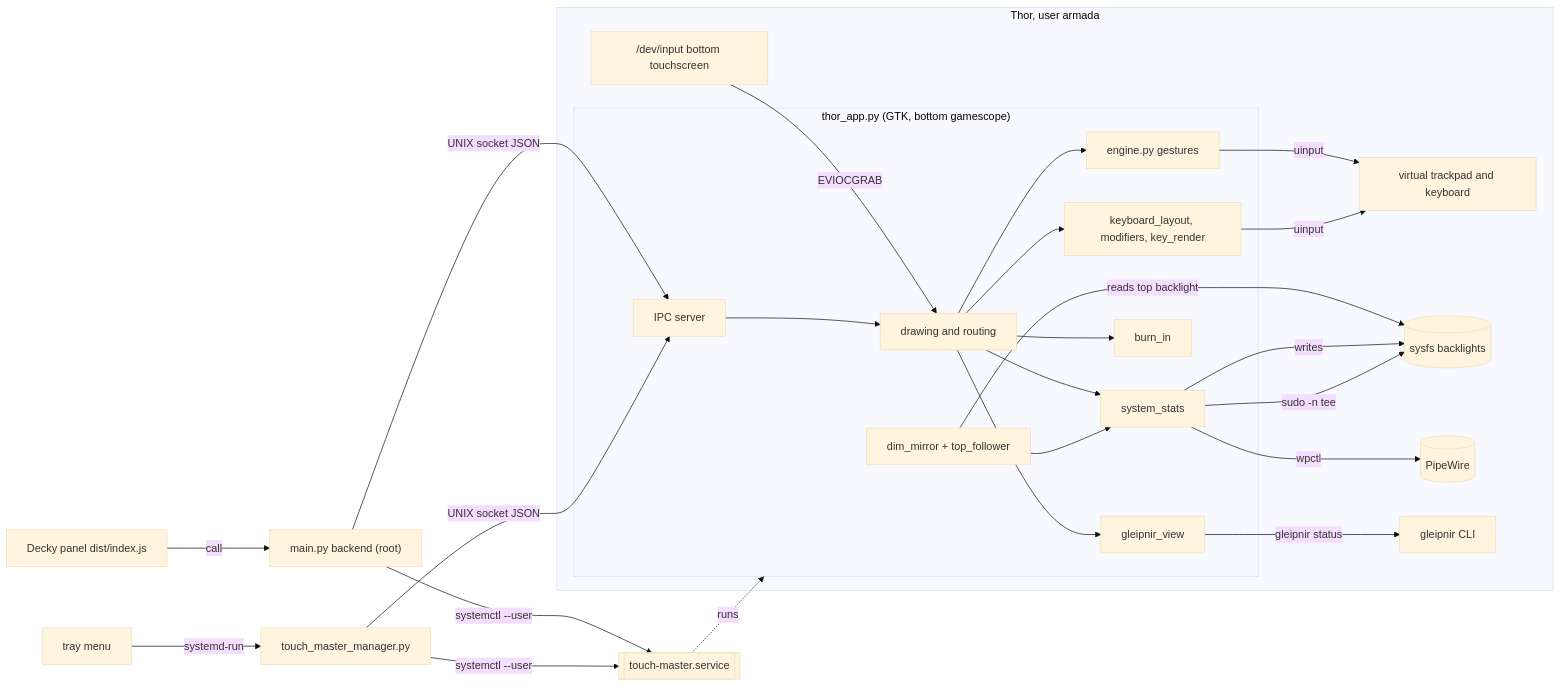
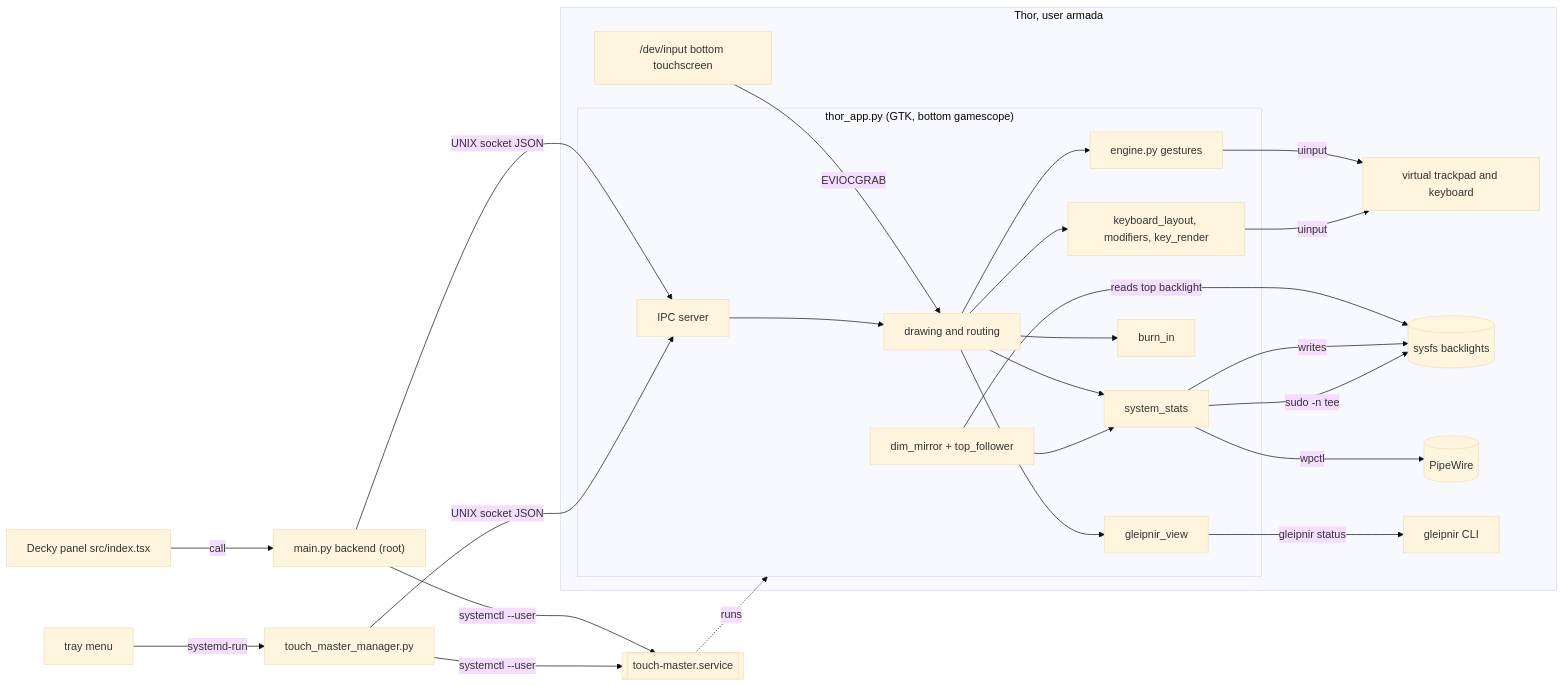
Before and after one commit to venatrix-ritz/Ratatoskr: the diagram in docs/design-spec/01-architecture-modules.md, drawn with Mermaid (base theme). The commit also changed other lines of this file and 30 other files, not shown here.

First line of the commit message:
feat(panel): build the Decky panel with the Decky plugin template

````diff
--- a/docs/design-spec/01-architecture-modules.md
+++ b/docs/design-spec/01-architecture-modules.md
@@ -65,37 +65,37 @@
 ```mermaid
 flowchart LR
   subgraph Thor["Thor, user armada"]
     subgraph Driver["thor_app.py (GTK, bottom gamescope)"]
       UI[drawing and routing]
       ENG[engine.py gestures]
       KB[keyboard_layout, modifiers, key_render]
       ST[system_stats]
       DM[dim_mirror + top_follower]
       BI[burn_in]
       GV[gleipnir_view]
       IPC[IPC server]
     end
     DEV["/dev/input bottom touchscreen"] -- EVIOCGRAB --> UI
     UI --> ENG
     UI --> KB
     UI --> ST
     UI --> BI
     UI --> GV
     ENG -- uinput --> VT["virtual trackpad and keyboard"]
     KB -- uinput --> VT
     DM --> ST
     DM -- reads top backlight --> SYS[(sysfs backlights)]
     ST -- writes --> SYS
     ST -- "sudo -n tee" --> SYS
     ST -- wpctl --> PW[(PipeWire)]
     GV -- "gleipnir status" --> GL[gleipnir CLI]
     IPC --> UI
   end
-  Panel["Decky panel dist/index.js"] -- call --> Backend["main.py backend (root)"]
+  Panel["Decky panel src/index.tsx"] -- call --> Backend["main.py backend (root)"]
   Backend -- "UNIX socket JSON" --> IPC
   Backend -- "systemctl --user" --> SVC[[touch-master.service]]
   MGR["touch_master_manager.py"] -- "UNIX socket JSON" --> IPC
   MGR -- "systemctl --user" --> SVC
   TRAY["tray menu"] -- "systemd-run" --> MGR
   SVC -. runs .-> Driver
 ```
````
